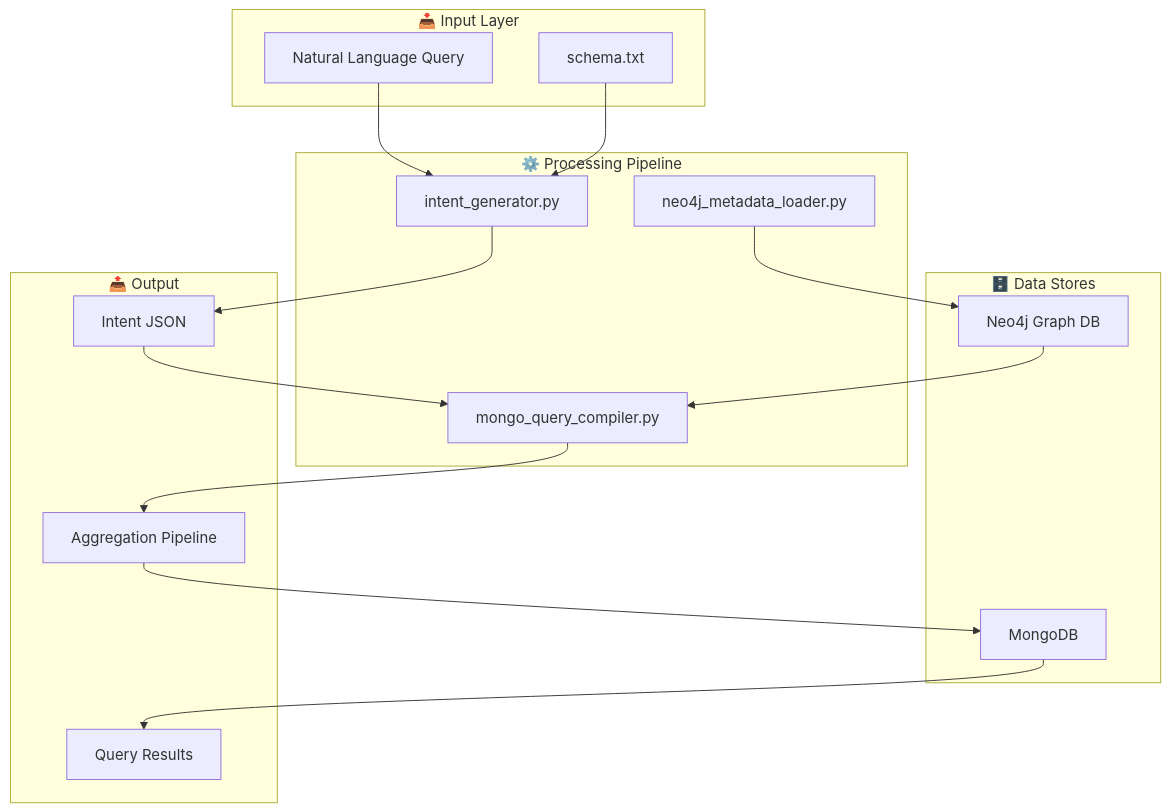
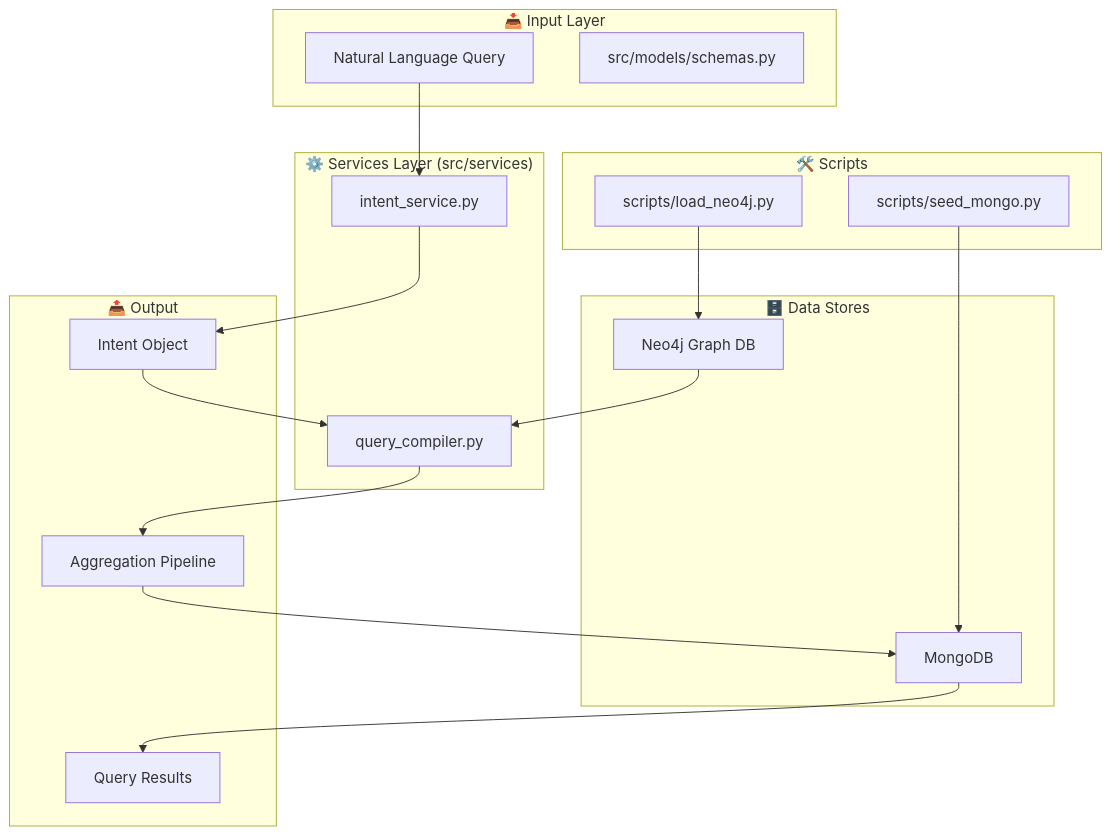
One commit to Danilka-Akarawita/naturallanguage_to_mongoDB_query changed the first of 7 diagrams in docs/architecture_diagrams.md. Above: the diagram before and after it, drawn with Mermaid. The commit also changed other lines of this file, not shown here.

Commit message:
modified the archtecture diagram

````diff
--- a/docs/architecture_diagrams.md
+++ b/docs/architecture_diagrams.md
@@ -9,34 +9,38 @@
 ```mermaid
 flowchart TB
     subgraph Input["📥 Input Layer"]
         NL["Natural Language Query"]
-        Schema["schema.txt"]
+        Schema["src/models/schemas.py"]
     end
     
-    subgraph Processing["⚙️ Processing Pipeline"]
-        IG["intent_generator.py"]
-        NM["neo4j_metadata_loader.py"]
-        MQC["mongo_query_compiler.py"]
+    subgraph Services["⚙️ Services Layer (src/services)"]
+        IS["intent_service.py"]
+        MQC["query_compiler.py"]
+    end
+
+    subgraph Scripts["🛠️ Scripts"]
+        NM["scripts/load_neo4j.py"]
+        SM["scripts/seed_mongo.py"]
     end
     
     subgraph Storage["🗄️ Data Stores"]
         Neo4j["Neo4j Graph DB"]
         MongoDB["MongoDB"]
     end
     
     subgraph Output["📤 Output"]
-        Intent["Intent JSON"]
+        Intent["Intent Object"]
         Pipeline["Aggregation Pipeline"]
         Results["Query Results"]
     end
     
-    NL --> IG
-    Schema --> IG
-    IG --> Intent
+    NL --> IS
+    IS --> Intent
     Intent --> MQC
     NM --> Neo4j
     Neo4j --> MQC
     MQC --> Pipeline
     Pipeline --> MongoDB
     MongoDB --> Results
+    SM --> MongoDB
 ```
````
